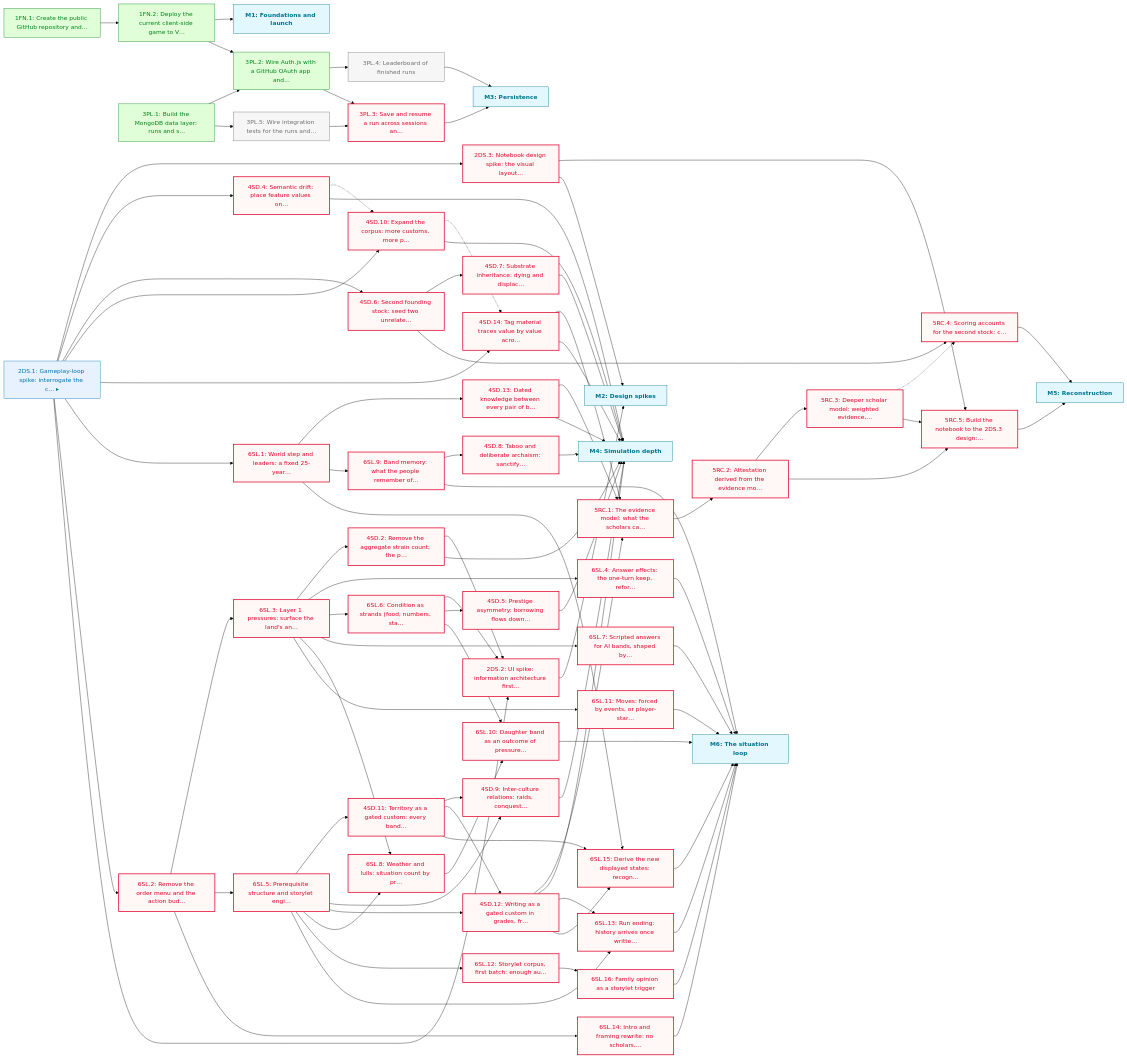
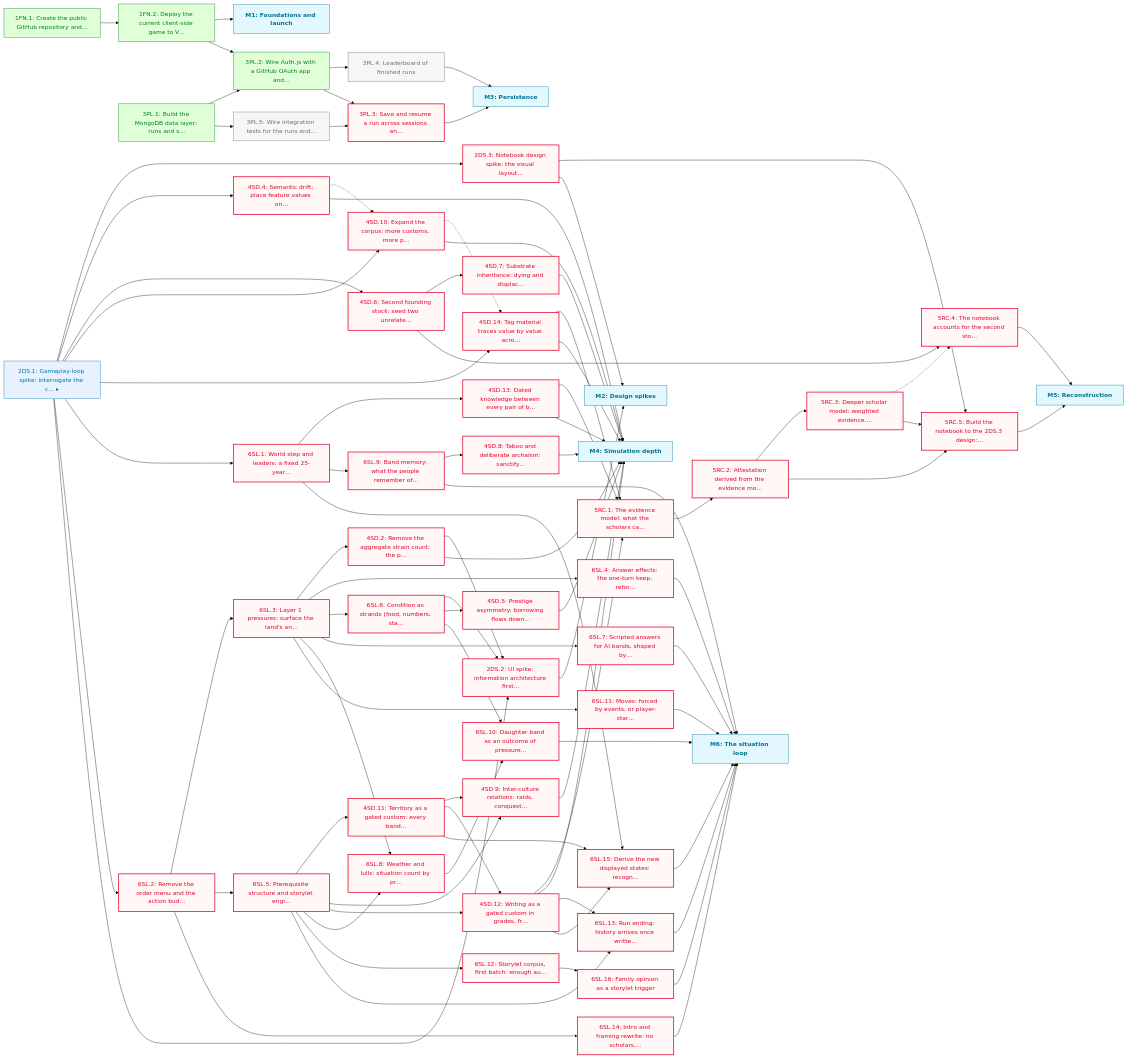
Before and after one commit to JasonWarrenUK/urheimat: the diagram in docs/roadmaps/PHASE_1.md, drawn with Mermaid (forest theme). The commit also changed other lines of this file and 3 other files, not shown here.

First line of the commit message:
docs(roadmap): bring every roadmap document into line with the spike

```diff
--- a/docs/roadmaps/PHASE_1.md
+++ b/docs/roadmaps/PHASE_1.md
@@ -175,7 +175,7 @@
 	5RC.1["5RC.1: The evidence model: what the scholars ca…"]
 	5RC.2["5RC.2: Attestation derived from the evidence mo…"]
 	5RC.3["5RC.3: Deeper scholar model: weighted evidence,…"]
-	5RC.4["5RC.4: Scoring accounts for the second stock: c…"]
+	5RC.4["5RC.4: The notebook accounts for the second sto…"]
 	5RC.5["5RC.5: Build the notebook to the 2DS.3 design:…"]
 	M5["M5: Reconstruction"]:::mile
 	6SL.6["6SL.6: Condition as strands (food, numbers, sta…"]
```
